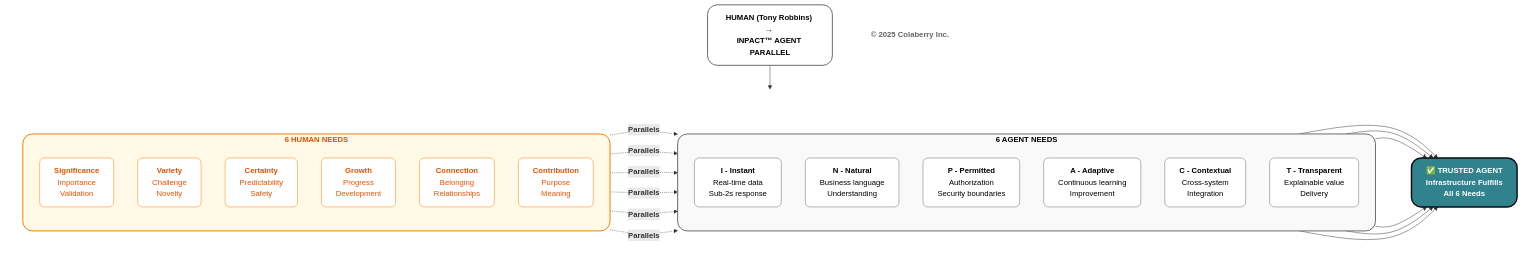
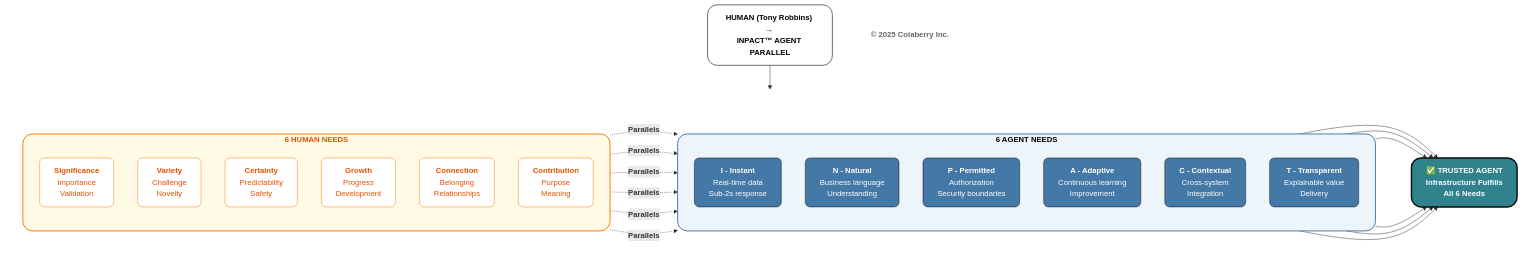
Before and after one commit to saitejesh-cyber/trust-before-intelligence-book: the third of 12 diagrams in manuscript/03_chapter_2_inpact_framework.md, drawn with Mermaid. The commit also changed other lines of this file, not shown here.

````diff
--- a/manuscript/03_chapter_2_inpact_framework.md
+++ b/manuscript/03_chapter_2_inpact_framework.md
@@ -131,77 +131,77 @@
 ```mermaid
 graph TB
     TITLE["<b>HUMAN (Tony Robbins) → <br/>INPACT™ AGENT PARALLEL</b>"]
     
     TITLE --> ROW
     
     subgraph ROW[" "]
         direction LR
         
         subgraph HUMAN["<b>6 HUMAN NEEDS </b>"]
             direction TB
             H1["<b>Significance</b><br/>Importance<br/>Validation"]
             H2["<b>Variety</b><br/>Challenge<br/>Novelty"]
             H3["<b>Certainty</b><br/>Predictability<br/>Safety"]
             H4["<b>Growth</b><br/>Progress<br/>Development"]
             H5["<b>Connection</b><br/>Belonging<br/>Relationships"]
             H6["<b>Contribution</b><br/>Purpose<br/>Meaning"]
         end
         
         subgraph AGENT["<b>6 AGENT NEEDS</b>"]
             direction TB
             A1["<b>I - Instant</b><br/>Real-time data<br/>Sub-2s response"]
             A2["<b>N - Natural</b><br/>Business language<br/>Understanding"]
             A3["<b>P - Permitted</b><br/>Authorization<br/>Security boundaries"]
             A4["<b>A - Adaptive</b><br/>Continuous learning<br/>Improvement"]
             A5["<b>C - Contextual</b><br/>Cross-system<br/>Integration"]
             A6["<b>T - Transparent</b><br/>Explainable value<br/>Delivery"]
         end
         
         TRUST["<b>✅ TRUSTED AGENT</b><br/><b>Infrastructure Fulfills <br/>All 6 Needs</b>"]
         
         H1 -.->|<b>Parallels</b>| A1
         H2 -.->|<b>Parallels</b>| A2
         H3 -.->|<b>Parallels</b>| A3
         H4 -.->|<b>Parallels</b>| A4
         H5 -.->|<b>Parallels</b>| A5
         H6 -.->|<b>Parallels</b>| A6
         
         A1 --> TRUST
         A2 --> TRUST
         A3 --> TRUST
         A4 --> TRUST
         A5 --> TRUST
         A6 --> TRUST
     end
     
     COPYRIGHT["<b>© 2025 Colaberry Inc.</b>"]
     
-    %% TITLE — NEUTRAL
+    %% TITLE — NEUTRAL (Context / framing)
     style TITLE fill:#ffffff,stroke:#666666,stroke-width:2px,color:#000000,rx:20,ry:20
     
     style ROW fill:none,stroke:none
     
-    %% 🟠 HUMAN — ORANGE (Human motivation / pressure)
+    %% 🟠 HUMAN NEEDS — POSITIVE HUMAN MOTIVATION
     style HUMAN fill:#fff9e6,stroke:#f57c00,stroke-width:2px,color:#e65100,rx:20,ry:20
     style H1 fill:#ffffff,stroke:#f57c00,stroke-width:1px,color:#e65100,rx:10,ry:10
     style H2 fill:#ffffff,stroke:#f57c00,stroke-width:1px,color:#e65100,rx:10,ry:10
     style H3 fill:#ffffff,stroke:#f57c00,stroke-width:1px,color:#e65100,rx:10,ry:10
     style H4 fill:#ffffff,stroke:#f57c00,stroke-width:1px,color:#e65100,rx:10,ry:10
     style H5 fill:#ffffff,stroke:#f57c00,stroke-width:1px,color:#e65100,rx:10,ry:10
     style H6 fill:#ffffff,stroke:#f57c00,stroke-width:1px,color:#e65100,rx:10,ry:10
     
-    %% ⚪ AGENT NEEDS — NEUTRAL (Definition / diagnostic)
-    style AGENT fill:#f9f9f9,stroke:#666666,stroke-width:2px,color:#000000,rx:20,ry:20
-    style A1 fill:#ffffff,stroke:#666666,stroke-width:1px,color:#000000,rx:10,ry:10
-    style A2 fill:#ffffff,stroke:#666666,stroke-width:1px,color:#000000,rx:10,ry:10
-    style A3 fill:#ffffff,stroke:#666666,stroke-width:1px,color:#000000,rx:10,ry:10
-    style A4 fill:#ffffff,stroke:#666666,stroke-width:1px,color:#000000,rx:10,ry:10
-    style A5 fill:#ffffff,stroke:#666666,stroke-width:1px,color:#000000,rx:10,ry:10
-    style A6 fill:#ffffff,stroke:#666666,stroke-width:1px,color:#000000,rx:10,ry:10
+    %% 🔵 AGENT NEEDS — POSITIVE CAPABILITY DEFINITION (BECOMING)
+    style AGENT fill:#edf4fa,stroke:#4478A6,stroke-width:2px,color:#000000,rx:20,ry:20
+    style A1 fill:#4478A6,stroke:#0D0D0D,stroke-width:1px,color:#ffffff,rx:10,ry:10
+    style A2 fill:#4478A6,stroke:#0D0D0D,stroke-width:1px,color:#ffffff,rx:10,ry:10
+    style A3 fill:#4478A6,stroke:#0D0D0D,stroke-width:1px,color:#ffffff,rx:10,ry:10
+    style A4 fill:#4478A6,stroke:#0D0D0D,stroke-width:1px,color:#ffffff,rx:10,ry:10
+    style A5 fill:#4478A6,stroke:#0D0D0D,stroke-width:1px,color:#ffffff,rx:10,ry:10
+    style A6 fill:#4478A6,stroke:#0D0D0D,stroke-width:1px,color:#ffffff,rx:10,ry:10
     
-    %% 🟢 TRUSTED AGENT — TEAL (Outcome / proven)
+    %% 🟢 TRUSTED AGENT — PROVEN OUTCOME
     style TRUST fill:#30838C,stroke:#0D0D0D,stroke-width:3px,color:#ffffff,rx:20,ry:20
     
     %% FOOTER
     style COPYRIGHT fill:none,stroke:none,color:#666666
 ```
````
